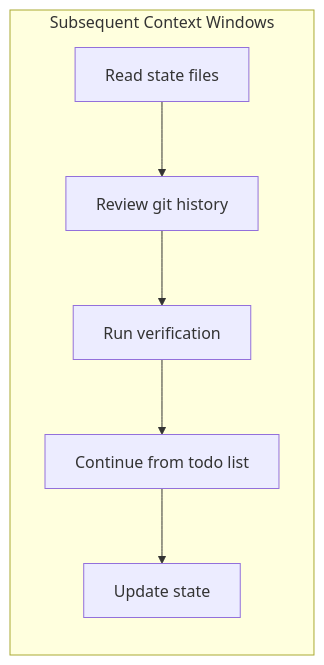
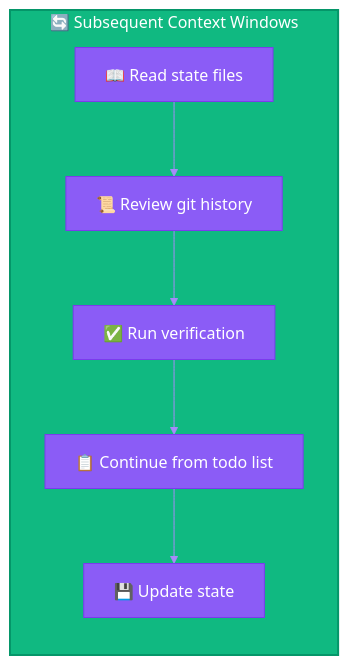
One commit to ThibautMelen/agentic-ai-systems changed the fourth of 5 diagrams in patterns/05-multi-window-context.md. Above: the diagram before and after it, drawn with Mermaid. The commit also changed other lines of this file and 7 other files, not shown here.

First line of the commit message:
style(diagrams): add vibrant colors to all Mermaid diagrams

````diff
--- a/patterns/05-multi-window-context.md
+++ b/patterns/05-multi-window-context.md
@@ -197,12 +207,15 @@
 ```mermaid
+%%{init: {'theme': 'base', 'themeVariables': { 'primaryColor': '#8b5cf6', 'primaryTextColor': '#ffffff', 'primaryBorderColor': '#7c3aed', 'lineColor': '#a78bfa'}}}%%
 flowchart LR
-    subgraph Subsequent["Subsequent Context Windows"]
-        S1[Read state files]
-        S2[Review git history]
-        S3[Run verification]
-        S4[Continue from todo list]
-        S5[Update state]
+    subgraph Subsequent["🔄 Subsequent Context Windows"]
+        S1[📖 Read state files]
+        S2[📜 Review git history]
+        S3[✅ Run verification]
+        S4[📋 Continue from todo list]
+        S5[💾 Update state]
     end
 
     S1 --> S2 --> S3 --> S4 --> S5
+
+    style Subsequent fill:#10b981,stroke:#059669,stroke-width:2px,color:#ffffff
 ```
````
